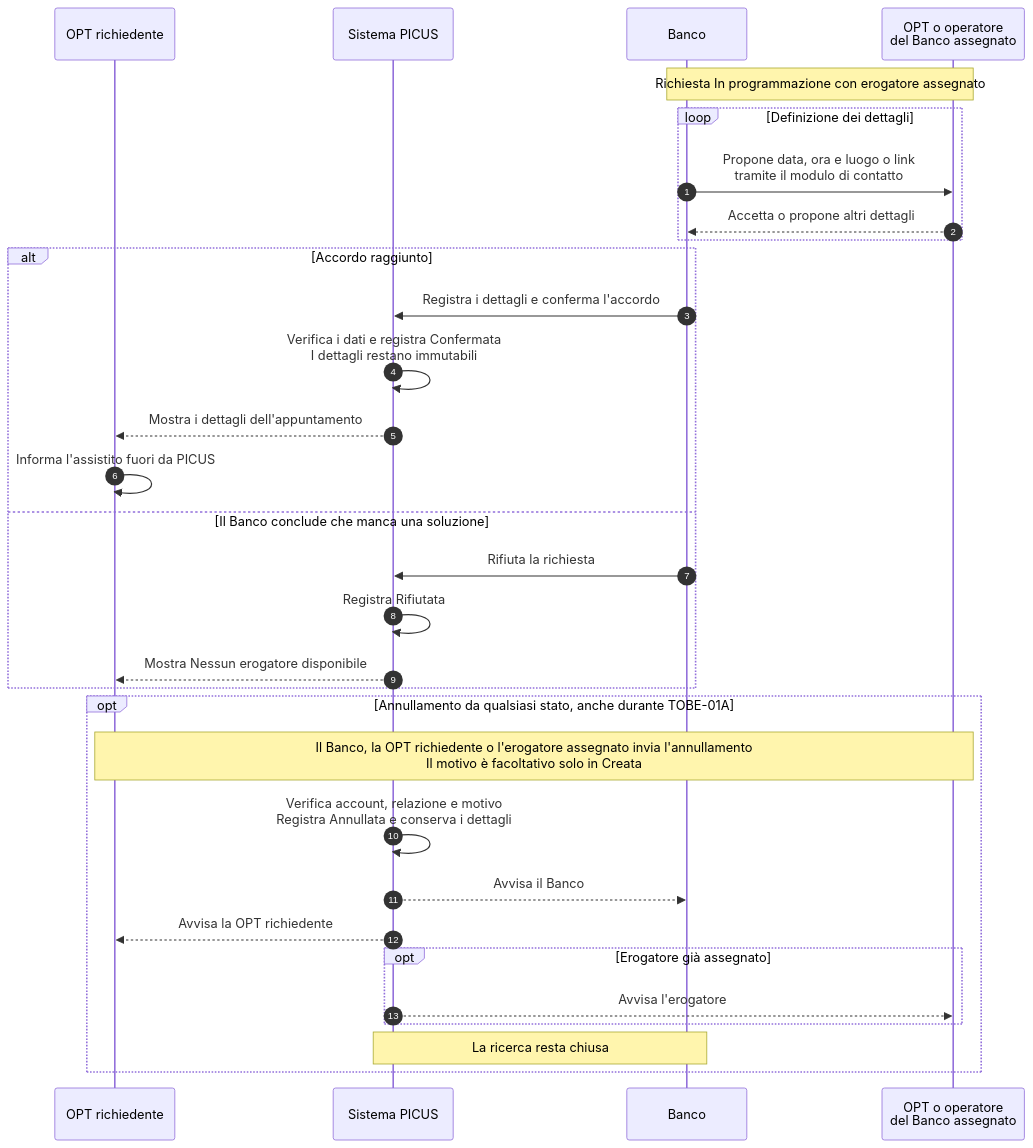
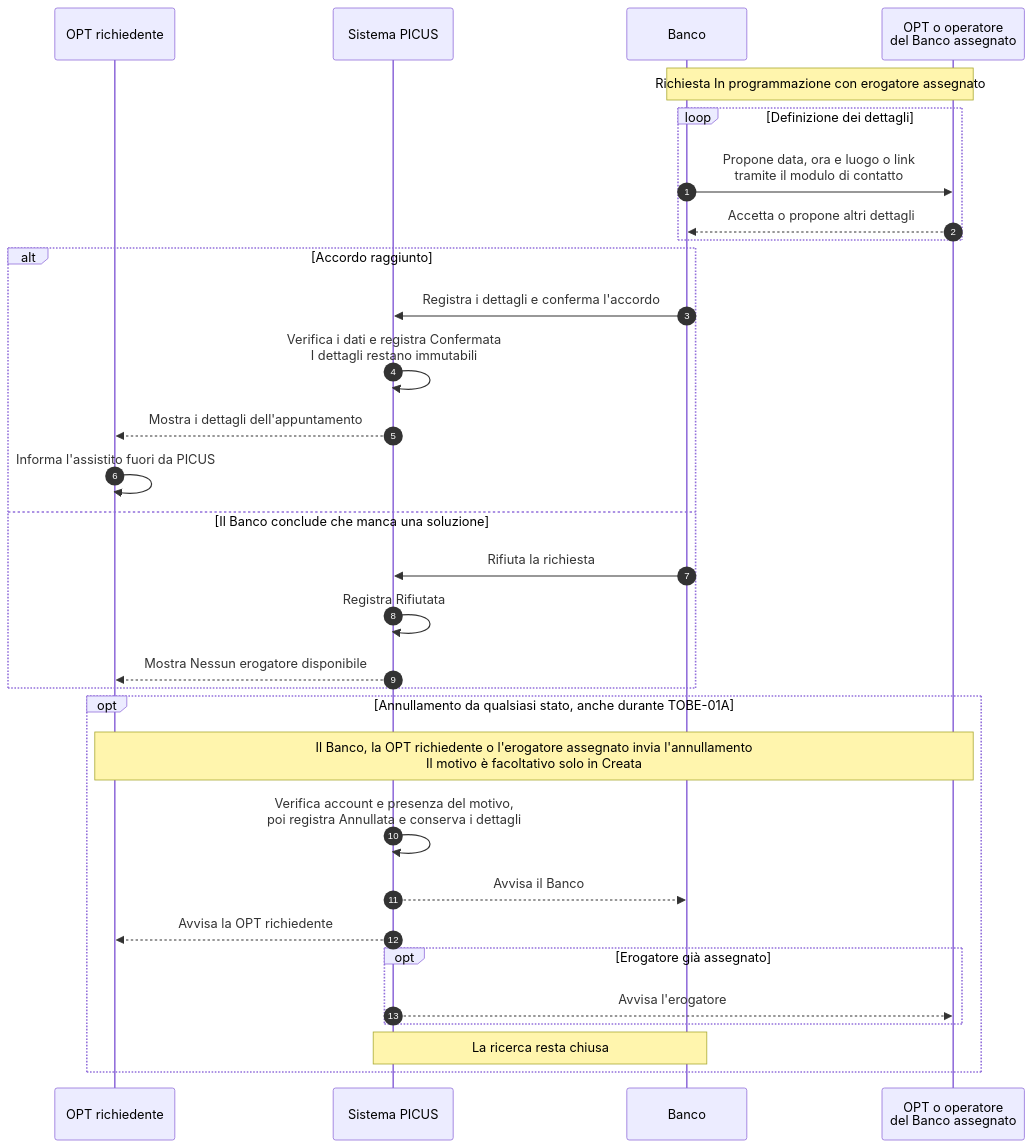
Before and after one commit to Pinguini-alla-Fragola/Progetto-SAD: the diagram in docs/requirements/diagrams/to-be/TOBE-01B-appuntamento-esito.mmd, drawn with Mermaid. The commit also changed 5 other files, not shown here.

```diff
--- a/docs/requirements/diagrams/to-be/TOBE-01B-appuntamento-esito.mmd
+++ b/docs/requirements/diagrams/to-be/TOBE-01B-appuntamento-esito.mmd
@@ -1,35 +1,35 @@
 %% TOBE-01B v0.4 - 14/11/2026
 %% Accordo e annullamento. Si modella lo stato della sola richiesta.
 sequenceDiagram
     autonumber
     participant R as OPT richiedente
     participant S as Sistema PICUS
     participant B as Banco
     participant E as OPT o operatore<br/>del Banco assegnato
 
     Note over B,E: Richiesta In programmazione con erogatore assegnato
     loop Definizione dei dettagli
         B->>E: Propone data, ora e luogo o link<br/>tramite il modulo di contatto
         E-->>B: Accetta o propone altri dettagli
     end
     alt Accordo raggiunto
         B->>S: Registra i dettagli e conferma l'accordo
         S->>S: Verifica i dati e registra Confermata<br/>I dettagli restano immutabili
         S-->>R: Mostra i dettagli dell'appuntamento
         R->>R: Informa l'assistito fuori da PICUS
     else Il Banco conclude che manca una soluzione
         B->>S: Rifiuta la richiesta
         S->>S: Registra Rifiutata
         S-->>R: Mostra Nessun erogatore disponibile
     end
 
     opt Annullamento da qualsiasi stato, anche durante TOBE-01A
         Note over R,E: Il Banco, la OPT richiedente o l'erogatore assegnato invia l'annullamento<br/>Il motivo è facoltativo solo in Creata
-        S->>S: Verifica account, relazione e motivo<br/>Registra Annullata e conserva i dettagli
+        S->>S: Verifica account e presenza del motivo,<br/>poi registra Annullata e conserva i dettagli
         S-->>B: Avvisa il Banco
         S-->>R: Avvisa la OPT richiedente
         opt Erogatore già assegnato
             S-->>E: Avvisa l'erogatore
         end
         Note over S,B: La ricerca resta chiusa
     end
```
